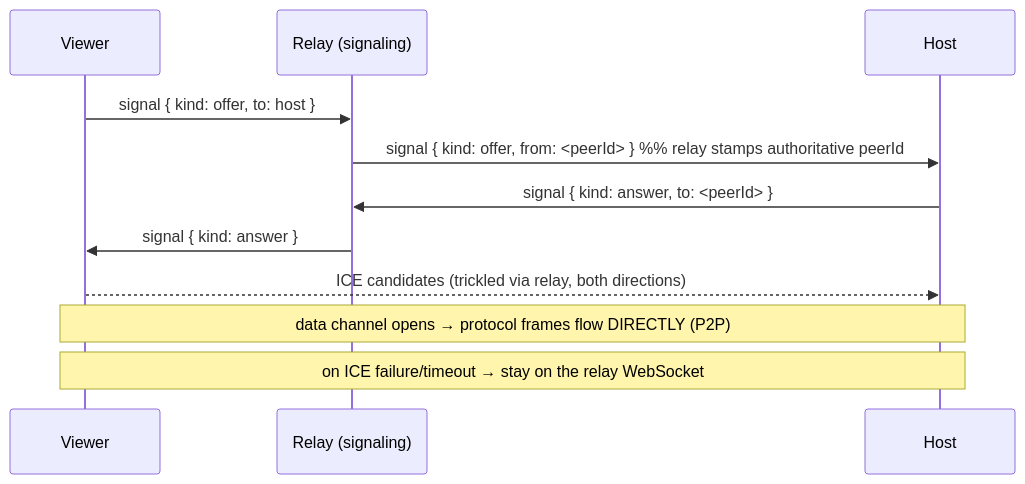
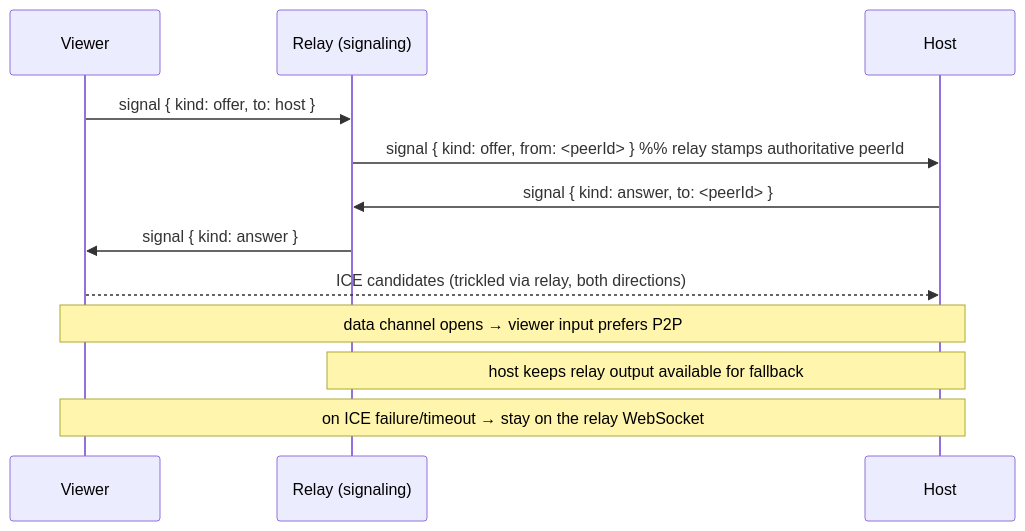
The diagram in apps/cli/transport/README.md (heycupola/wrapper), drawn with Mermaid before and after one commit. The commit also changed other lines of this file and 19 other files, not shown here.

````diff
--- a/apps/cli/transport/README.md
+++ b/apps/cli/transport/README.md
@@ -58,13 +58,14 @@
 ```mermaid
 sequenceDiagram
   participant V as Viewer
   participant R as Relay (signaling)
   participant H as Host
   V->>R: signal { kind: offer, to: host }
   R->>H: signal { kind: offer, from: <peerId> }   %% relay stamps authoritative peerId
   H->>R: signal { kind: answer, to: <peerId> }
   R->>V: signal { kind: answer }
   V-->>H: ICE candidates (trickled via relay, both directions)
-  Note over V,H: data channel opens → protocol frames flow DIRECTLY (P2P)
+  Note over V,H: data channel opens → viewer input prefers P2P
+  Note over H,R: host keeps relay output available for fallback
   Note over V,H: on ICE failure/timeout → stay on the relay WebSocket
 ```
````
